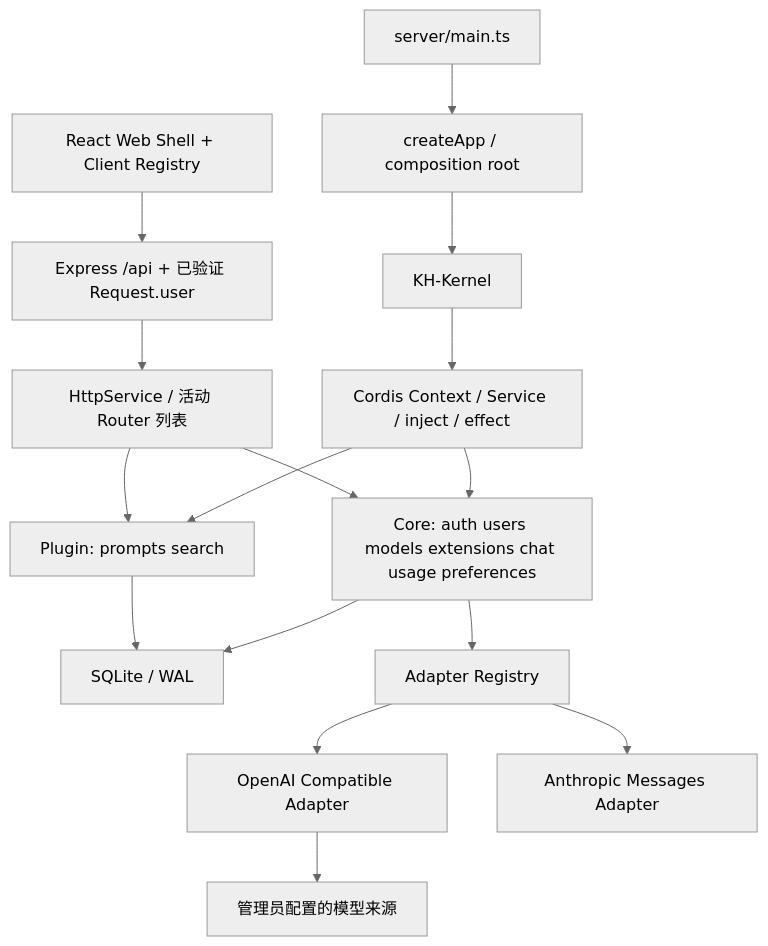
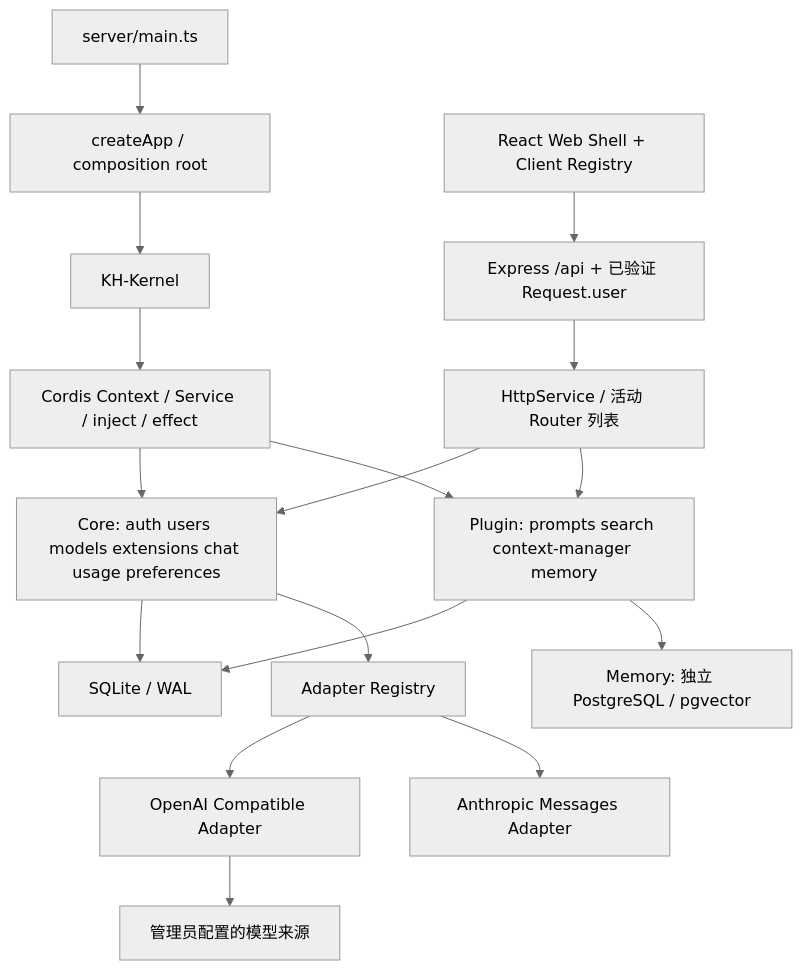
The diagram in docs/ARCHITECTURE.md (ChongKaKam/KAKAM-Harness), drawn with Mermaid (neutral theme) before and after one commit. The commit also changed other lines of this file and 74 other files, not shown here.

First line of the commit message:
feat(memory): add three-tier memory with shared PostgreSQL

````diff
--- a/docs/ARCHITECTURE.md
+++ b/docs/ARCHITECTURE.md
@@ -7,18 +7,19 @@
 ```mermaid
 flowchart TD
     Main[server/main.ts] --> App[createApp / composition root]
     App --> Kernel[KH-Kernel]
     Kernel --> Engine[Cordis Context / Service / inject / effect]
     Engine --> Core[Core: auth users models extensions chat usage preferences]
-    Engine --> Plugins[Plugin: prompts search]
+    Engine --> Plugins[Plugin: prompts search context-manager memory]
     UI[React Web Shell + Client Registry] --> HTTP[Express /api + 已验证 Request.user]
     HTTP --> Routes[HttpService / 活动 Router 列表]
     Routes --> Core
     Routes --> Plugins
     Core --> DB[SQLite / WAL]
     Plugins --> DB
+    Plugins --> MemoryDB[Memory: 独立 PostgreSQL / pgvector]
     Core --> AR[Adapter Registry]
     AR --> OA[OpenAI Compatible Adapter]
     AR --> AA[Anthropic Messages Adapter]
     OA --> Provider[管理员配置的模型来源]
 ```
````
